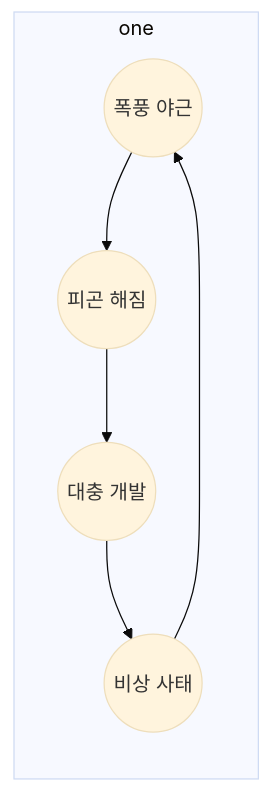
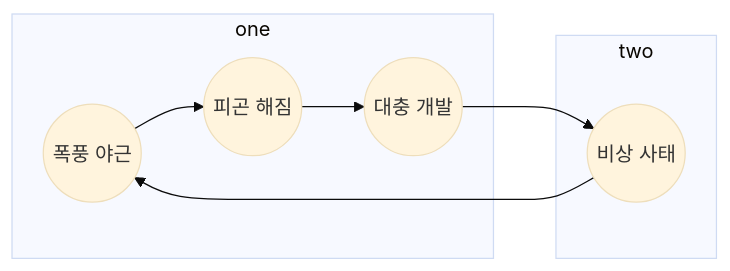
Before and after one commit to lhamed/lhamed.github.io: the second of 2 diagrams in _posts/2019-7-20-68th-post.md, drawn with Mermaid (base theme).

```diff
--- a/_posts/2019-7-20-68th-post.md
+++ b/_posts/2019-7-20-68th-post.md
@@ -33,13 +33,15 @@
 <div class="mermaid">
 graph LR;
     A((폭풍 야근))
     B((피곤 해짐))
     C((대충 개발))
     D((비상 사태))
     subgraph one
     A --> B
     B --> C
+    end
+    subgraph two
     C --> D
     D --> A
     end
 </div>
```
